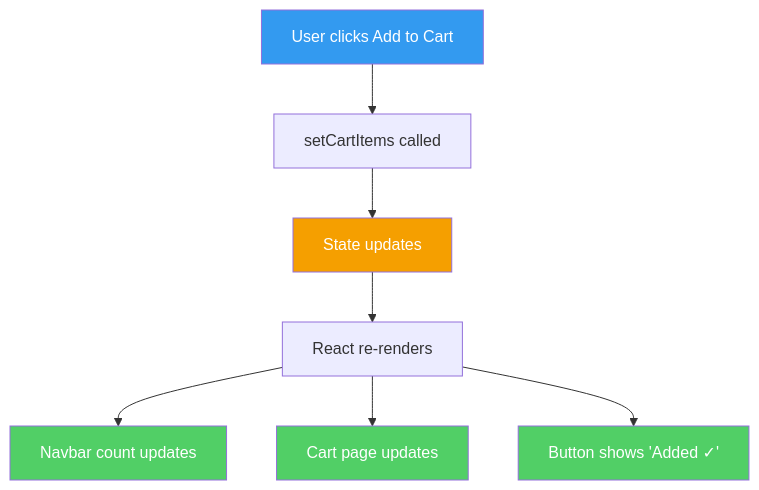
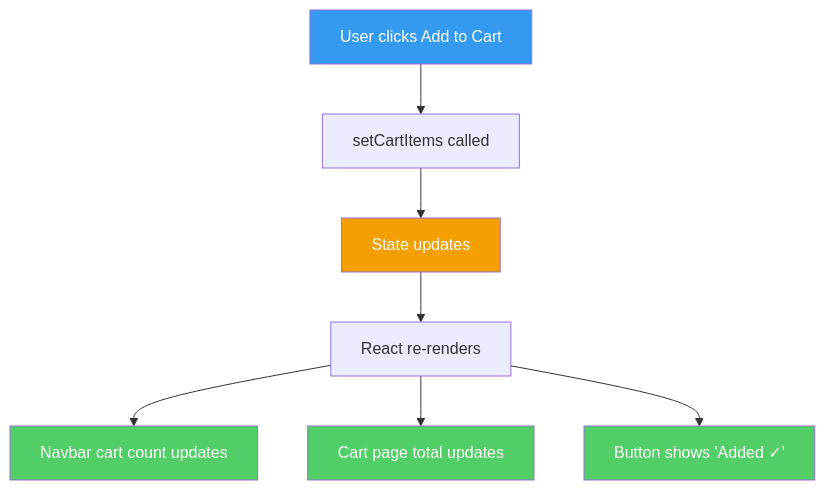
The third of 21 diagrams in REACT-HOOKS-DEEP-DIVE.md (vaishali86c/React-revision-book), drawn with Mermaid before and after one commit. The commit also changed other lines of this file, not shown here.

````diff
--- a/REACT-HOOKS-DEEP-DIVE.md
+++ b/REACT-HOOKS-DEEP-DIVE.md
@@ -137,15 +140,15 @@
 ```mermaid
 graph TD
     A["User clicks Add to Cart"] --> B["setCartItems called"]
     B --> C["State updates"]
     C --> D["React re-renders"]
-    D --> E["Navbar count updates"]
-    D --> F["Cart page updates"]
+    D --> E["Navbar cart count updates"]
+    D --> F["Cart page total updates"]
     D --> G["Button shows 'Added ✓'"]
 
     style A fill:#339af0,color:#fff
     style C fill:#f59f00,color:#fff
     style E fill:#51cf66,color:#fff
     style F fill:#51cf66,color:#fff
     style G fill:#51cf66,color:#fff
 ```
````
